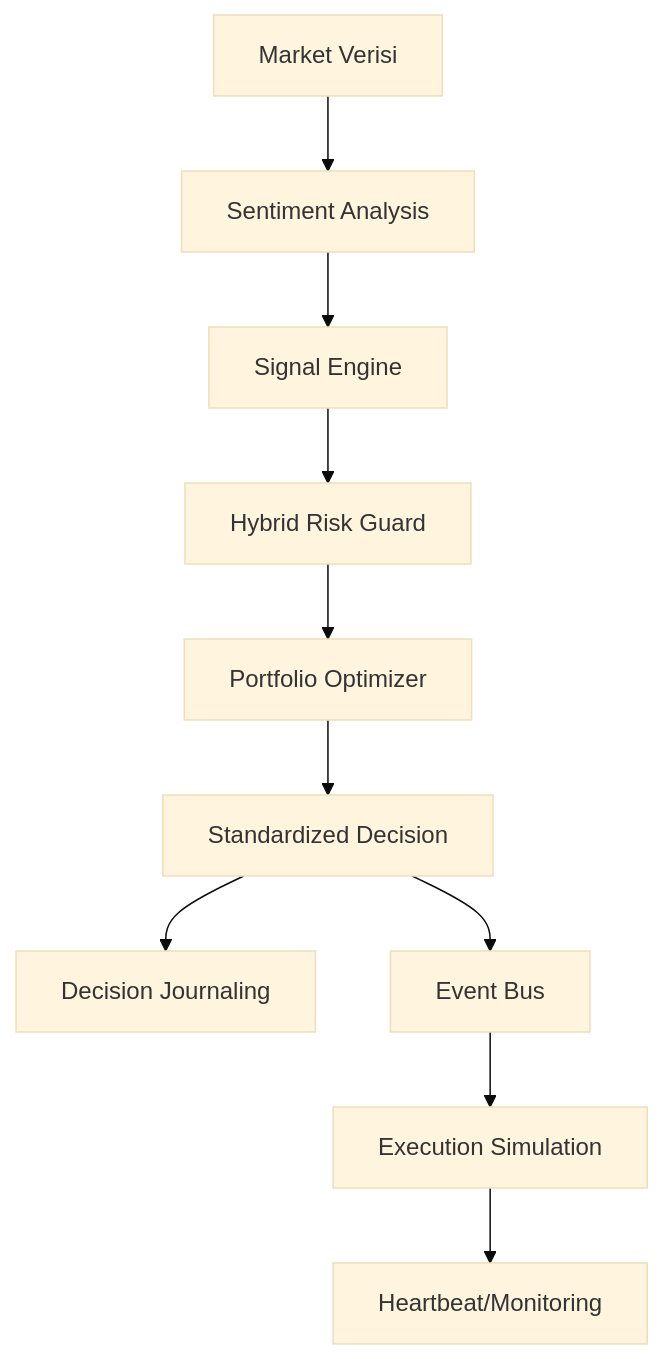
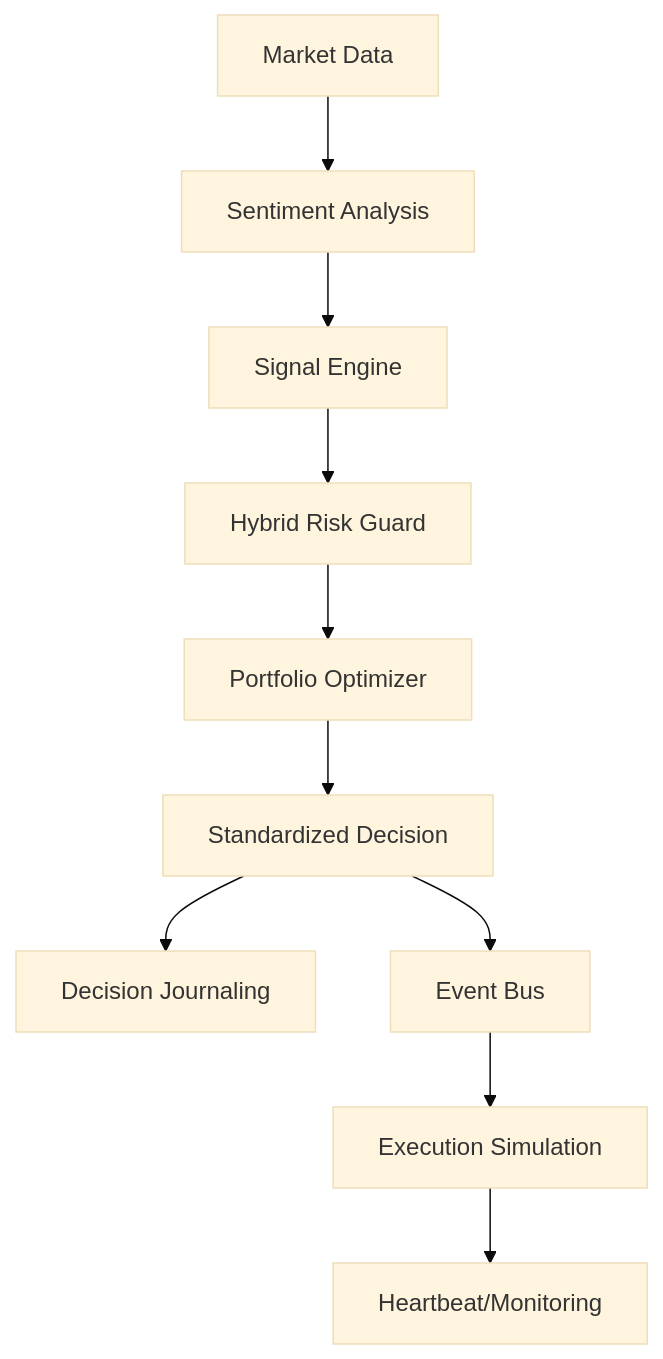
Before and after one commit to Berkayzeren/zeren-ai-lite: the diagram in README.md, drawn with Mermaid (base theme). The commit also changed other lines of this file and 5 other files, not shown here.

````diff
--- a/README.md
+++ b/README.md
@@ -17,12 +24,12 @@
 ```mermaid
 graph TD
-    Data[Market Verisi] --> Sent[Sentiment Analysis]
+    Data[Market Data] --> Sent[Sentiment Analysis]
     Sent --> Sig[Signal Engine]
     Sig --> Risk[Hybrid Risk Guard]
     Risk --> Opt[Portfolio Optimizer]
     Opt --> Decision[Standardized Decision]
     Decision --> Journal[Decision Journaling]
     Decision --> Bus[Event Bus]
     Bus --> Exec[Execution Simulation]
     Exec --> Heart[Heartbeat/Monitoring]
 ```
````
